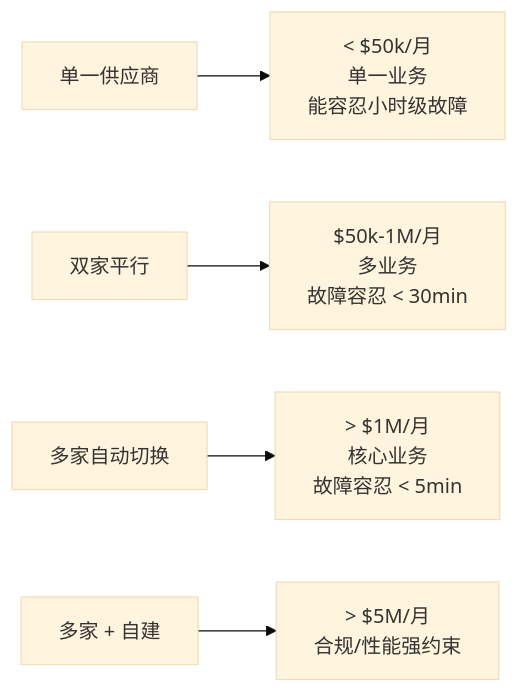
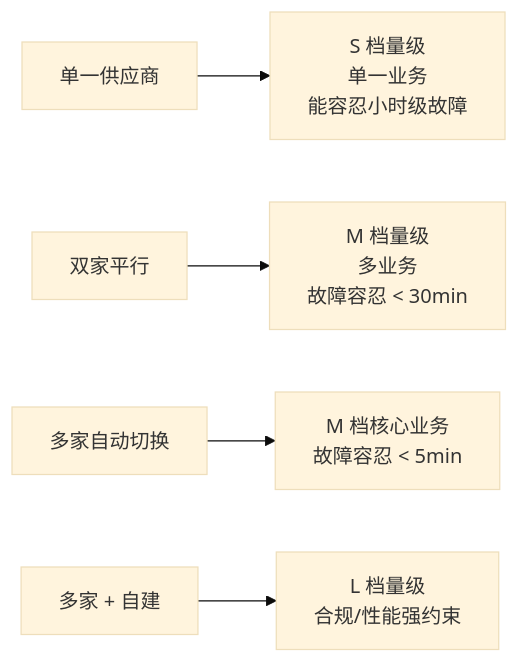
The second of 4 diagrams in 架构/07-与外部世界的契约.md (oh-my-vibe-coding/ai-reliability-architecture), drawn with Mermaid (base theme) before and after one commit. The commit also changed other lines of this file and 68 other files, not shown here.

````diff
--- a/架构/07-与外部世界的契约.md
+++ b/架构/07-与外部世界的契约.md
@@ -226,7 +228,7 @@
 ```mermaid
 flowchart LR
-    Single[单一供应商] --> SCase[< $50k/月<br/>单一业务<br/>能容忍小时级故障]
-    Multi[双家平行] --> MCase[$50k-1M/月<br/>多业务<br/>故障容忍 < 30min]
-    Active[多家自动切换] --> ACase[> $1M/月<br/>核心业务<br/>故障容忍 < 5min]
-    Hybrid[多家 + 自建] --> HCase[> $5M/月<br/>合规/性能强约束]
+    Single[单一供应商] --> SCase[S 档量级<br/>单一业务<br/>能容忍小时级故障]
+    Multi[双家平行] --> MCase[M 档量级<br/>多业务<br/>故障容忍 < 30min]
+    Active[多家自动切换] --> ACase[M 档核心业务<br/>故障容忍 < 5min]
+    Hybrid[多家 + 自建] --> HCase[L 档量级<br/>合规/性能强约束]
 ```
````
